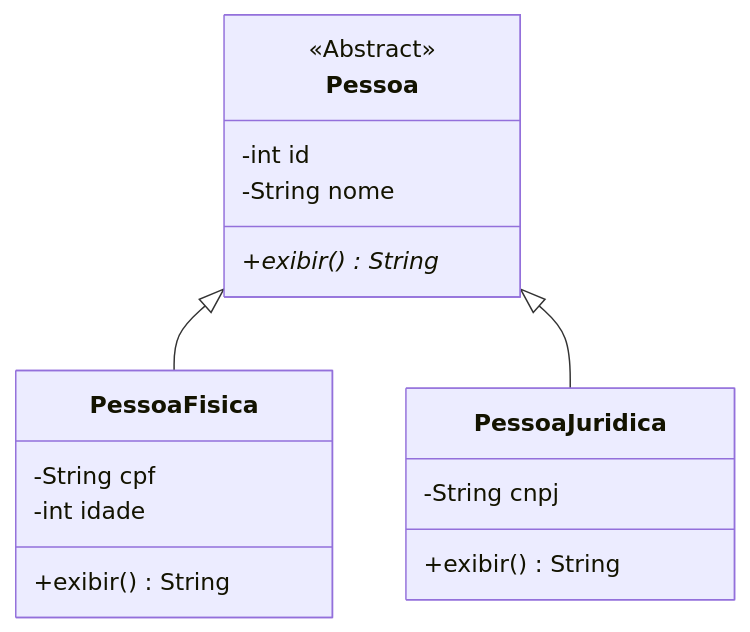
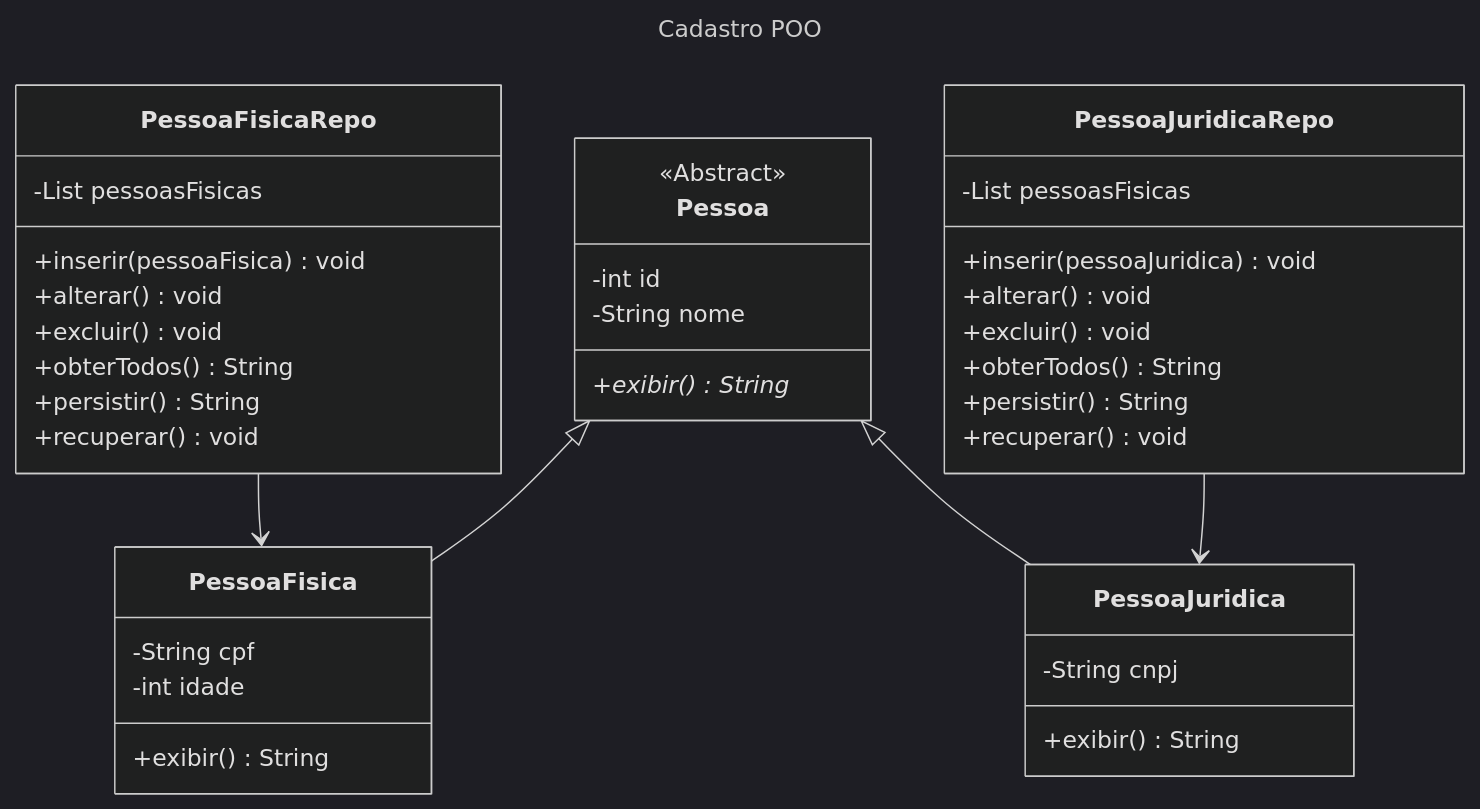
One commit to luizmarinhojr/cadastro-poo changed the diagram in README.md. Above: the diagram before and after it, drawn with Mermaid.

````diff
--- a/README.md
+++ b/README.md
@@ -15,19 +15,50 @@
 ```mermaid
+---
+title: Cadastro POO
+config:
+    theme: dark
+---
+
 classDiagram
+    direction TB
     class Pessoa
-      <<Abstract>> Pessoa
-      Pessoa : -int id
-      Pessoa : -String nome
-      Pessoa : +exibir()* String
-      Pessoa <|-- PessoaFisica
-      Pessoa <|-- PessoaJuridica
+    class PessoaFisica
+    class PessoaJuridica
+    class PessoaFisicaRepo
+    class PessoaJuridicaRepo
 
-    class PessoaFisica
-      PessoaFisica : -String cpf
-      PessoaFisica : -int idade
-      PessoaFisica : +exibir() String
+    PessoaFisicaRepo --> PessoaFisica
+    PessoaJuridicaRepo --> PessoaJuridica
+    Pessoa <|-- PessoaFisica
+    Pessoa <|-- PessoaJuridica
+    
 
-    class PessoaJuridica
-      PessoaJuridica : -String cnpj
-      PessoaJuridica : +exibir() String
+    <<Abstract>> Pessoa
+    Pessoa : -int id
+    Pessoa : -String nome
+    Pessoa : +exibir()* String
+
+    PessoaFisica : -String cpf
+    PessoaFisica : -int idade
+    PessoaFisica : +exibir() String
+
+    PessoaJuridica : -String cnpj
+    PessoaJuridica : +exibir() String
+
+    PessoaFisicaRepo : -List<PessoaFisica> pessoasFisicas
+    PessoaFisicaRepo : +inserir(pessoaFisica) void
+    PessoaFisicaRepo : +alterar() void
+    PessoaFisicaRepo : +excluir() void
+    PessoaFisicaRepo : +obterTodos() String
+    PessoaFisicaRepo : +persistir() String
+    PessoaFisicaRepo : +recuperar() void
+
+    PessoaJuridicaRepo : -List<PessoaJuridica> pessoasFisicas
+    PessoaJuridicaRepo : +inserir(pessoaJuridica) void
+    PessoaJuridicaRepo : +alterar() void
+    PessoaJuridicaRepo : +excluir() void
+    PessoaJuridicaRepo : +obterTodos() String
+    PessoaJuridicaRepo : +persistir() String
+    PessoaJuridicaRepo : +recuperar() void
+    
 ```
````
